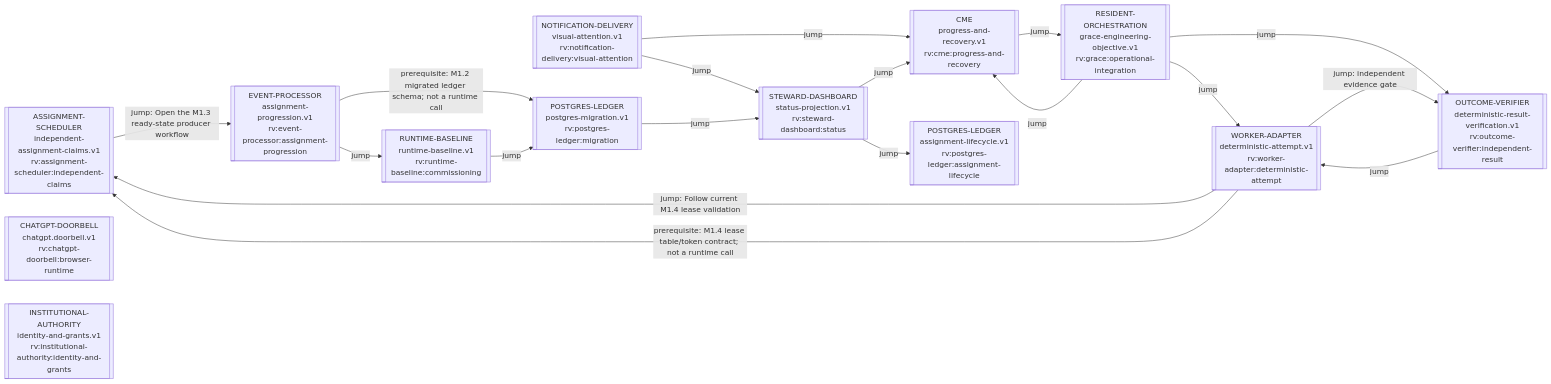
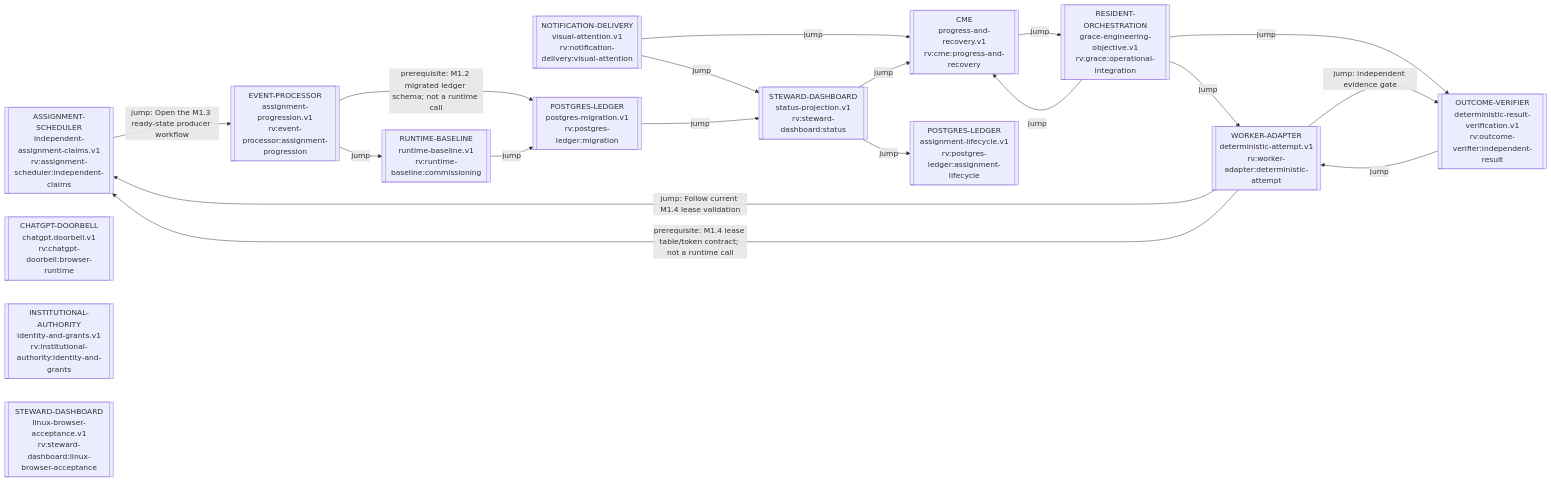
The diagram in process_graphs/generated/RIVERVIEW_PROCESS_GRAPH.md (ppow1/Riverview-), drawn with Mermaid before and after one commit. The commit also changed other lines of this file and 28 other files, not shown here.

Commit message:
feat: add Linux Playwright browser acceptance harness

````diff
--- a/process_graphs/generated/RIVERVIEW_PROCESS_GRAPH.md
+++ b/process_graphs/generated/RIVERVIEW_PROCESS_GRAPH.md
@@ -9,33 +9,34 @@
 ```mermaid
 flowchart LR
   g_rv_assignment_scheduler_independent_claims_88bd80c4[["ASSIGNMENT-SCHEDULER<br/>independent-assignment-claims.v1<br/>rv:assignment-scheduler:independent-claims"]]
   g_rv_chatgpt_doorbell_browser_runtime_b8102058[["CHATGPT-DOORBELL<br/>chatgpt.doorbell.v1<br/>rv:chatgpt-doorbell:browser-runtime"]]
   g_rv_cme_progress_and_recovery_402efffa[["CME<br/>progress-and-recovery.v1<br/>rv:cme:progress-and-recovery"]]
   g_rv_event_processor_assignment_progression_fa10db2d[["EVENT-PROCESSOR<br/>assignment-progression.v1<br/>rv:event-processor:assignment-progression"]]
   g_rv_grace_operational_integration_9989f0be[["RESIDENT-ORCHESTRATION<br/>grace-engineering-objective.v1<br/>rv:grace:operational-integration"]]
   g_rv_institutional_authority_identity_and_grants_05fdf0c5[["INSTITUTIONAL-AUTHORITY<br/>identity-and-grants.v1<br/>rv:institutional-authority:identity-and-grants"]]
   g_rv_notification_delivery_visual_attention_3f4f84d2[["NOTIFICATION-DELIVERY<br/>visual-attention.v1<br/>rv:notification-delivery:visual-attention"]]
   g_rv_outcome_verifier_independent_result_1d5c0875[["OUTCOME-VERIFIER<br/>deterministic-result-verification.v1<br/>rv:outcome-verifier:independent-result"]]
   g_rv_postgres_ledger_assignment_lifecycle_a9a01b67[["POSTGRES-LEDGER<br/>assignment-lifecycle.v1<br/>rv:postgres-ledger:assignment-lifecycle"]]
   g_rv_postgres_ledger_migration_4c89ef23[["POSTGRES-LEDGER<br/>postgres-migration.v1<br/>rv:postgres-ledger:migration"]]
   g_rv_runtime_baseline_commissioning_46ff1ccf[["RUNTIME-BASELINE<br/>runtime-baseline.v1<br/>rv:runtime-baseline:commissioning"]]
+  g_rv_steward_dashboard_linux_browser_acceptance_c8ec2a5b[["STEWARD-DASHBOARD<br/>linux-browser-acceptance.v1<br/>rv:steward-dashboard:linux-browser-acceptance"]]
   g_rv_steward_dashboard_status_75f7c259[["STEWARD-DASHBOARD<br/>status-projection.v1<br/>rv:steward-dashboard:status"]]
   g_rv_worker_adapter_deterministic_attempt_15d59b6f[["WORKER-ADAPTER<br/>deterministic-attempt.v1<br/>rv:worker-adapter:deterministic-attempt"]]
   g_rv_assignment_scheduler_independent_claims_88bd80c4 -->|jump: Open the M1.3 ready-state producer workflow| g_rv_event_processor_assignment_progression_fa10db2d
   g_rv_cme_progress_and_recovery_402efffa -->|jump| g_rv_grace_operational_integration_9989f0be
   g_rv_event_processor_assignment_progression_fa10db2d -->|prerequisite: M1.2 migrated ledger schema; not a runtime call| g_rv_postgres_ledger_migration_4c89ef23
   g_rv_event_processor_assignment_progression_fa10db2d -->|jump| g_rv_runtime_baseline_commissioning_46ff1ccf
   g_rv_grace_operational_integration_9989f0be -->|jump| g_rv_worker_adapter_deterministic_attempt_15d59b6f
   g_rv_grace_operational_integration_9989f0be -->|jump| g_rv_cme_progress_and_recovery_402efffa
   g_rv_grace_operational_integration_9989f0be -->|jump| g_rv_outcome_verifier_independent_result_1d5c0875
   g_rv_notification_delivery_visual_attention_3f4f84d2 -->|jump| g_rv_cme_progress_and_recovery_402efffa
   g_rv_notification_delivery_visual_attention_3f4f84d2 -->|jump| g_rv_steward_dashboard_status_75f7c259
   g_rv_outcome_verifier_independent_result_1d5c0875 -->|jump| g_rv_worker_adapter_deterministic_attempt_15d59b6f
   g_rv_postgres_ledger_migration_4c89ef23 -->|jump| g_rv_steward_dashboard_status_75f7c259
   g_rv_runtime_baseline_commissioning_46ff1ccf -->|jump| g_rv_postgres_ledger_migration_4c89ef23
   g_rv_steward_dashboard_status_75f7c259 -->|jump| g_rv_postgres_ledger_assignment_lifecycle_a9a01b67
   g_rv_steward_dashboard_status_75f7c259 -->|jump| g_rv_cme_progress_and_recovery_402efffa
   g_rv_worker_adapter_deterministic_attempt_15d59b6f -->|jump: Follow current M1.4 lease validation| g_rv_assignment_scheduler_independent_claims_88bd80c4
   g_rv_worker_adapter_deterministic_attempt_15d59b6f -->|prerequisite: M1.4 lease table/token contract; not a runtime call| g_rv_assignment_scheduler_independent_claims_88bd80c4
   g_rv_worker_adapter_deterministic_attempt_15d59b6f -->|jump: independent evidence gate| g_rv_outcome_verifier_independent_result_1d5c0875
 ```
````
